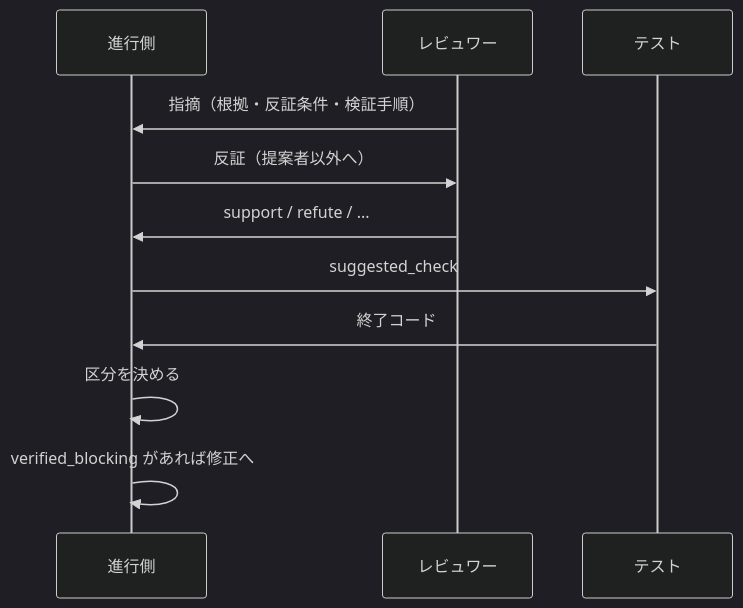
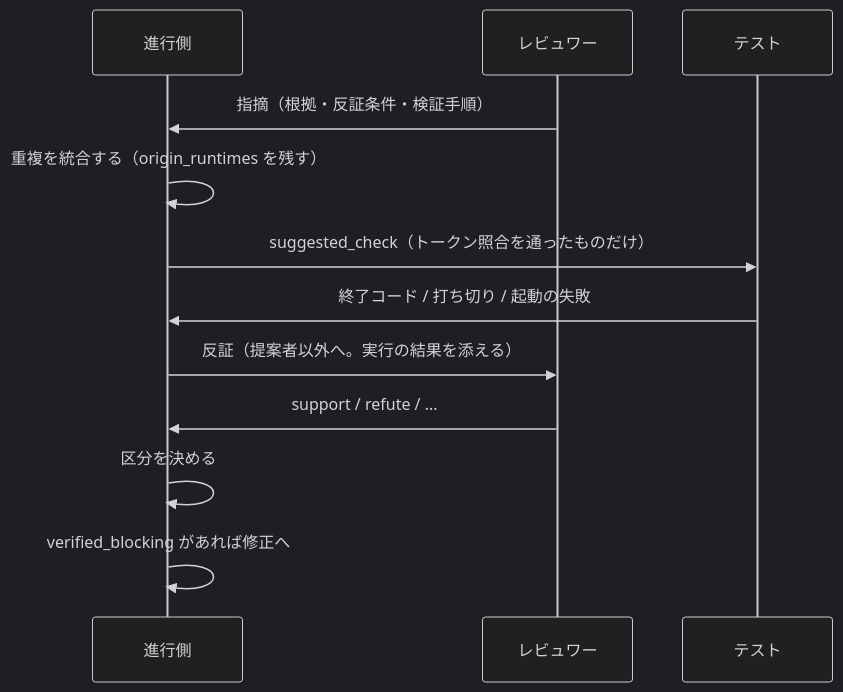
The second of 2 diagrams in issues/issue-156-pr3-design.md (devbasex/ai-plugins), drawn with Mermaid (dark theme) before and after one commit. The commit also changed other lines of this file, not shown here.

````diff
--- a/issues/issue-156-pr3-design.md
+++ b/issues/issue-156-pr3-design.md
@@ -126,13 +246,14 @@
 ```mermaid
 sequenceDiagram
     participant J as 進行側
     participant R as レビュワー
     participant T as テスト
     R->>J: 指摘（根拠・反証条件・検証手順）
-    J->>R: 反証（提案者以外へ）
+    J->>J: 重複を統合する（origin_runtimes を残す）
+    J->>T: suggested_check（トークン照合を通ったものだけ）
+    T->>J: 終了コード / 打ち切り / 起動の失敗
+    J->>R: 反証（提案者以外へ。実行の結果を添える）
     R->>J: support / refute / ...
-    J->>T: suggested_check
-    T->>J: 終了コード
     J->>J: 区分を決める
     J->>J: verified_blocking があれば修正へ
 ```
````
